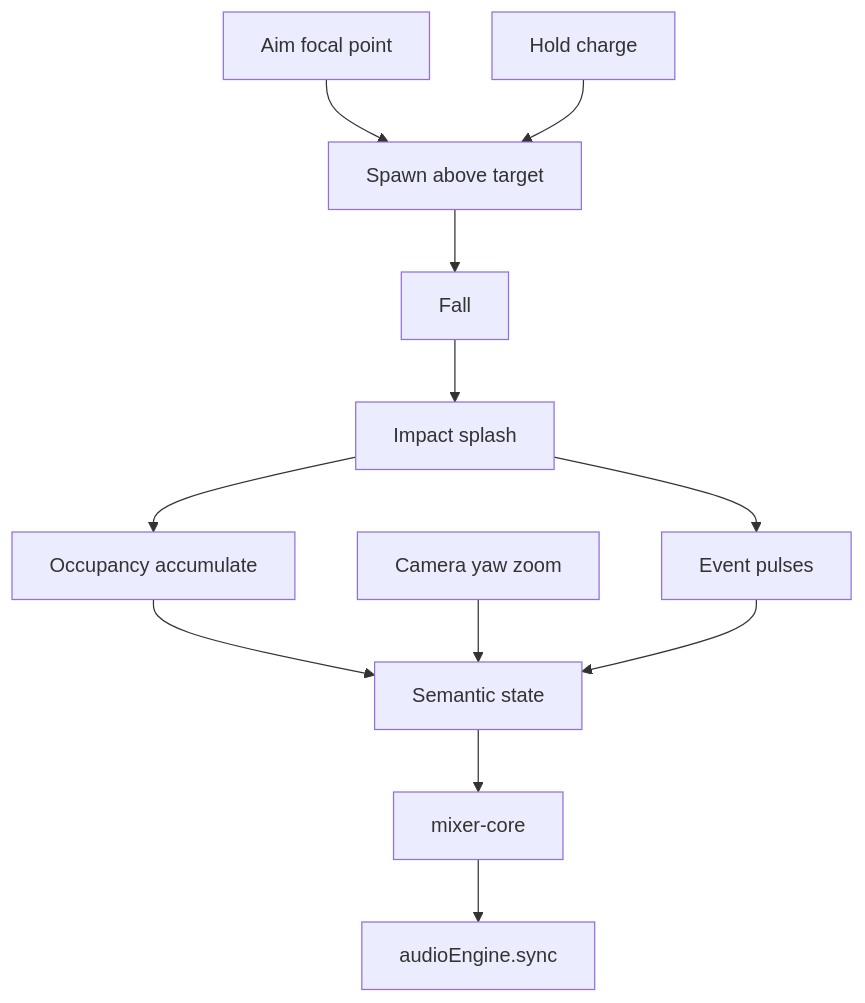
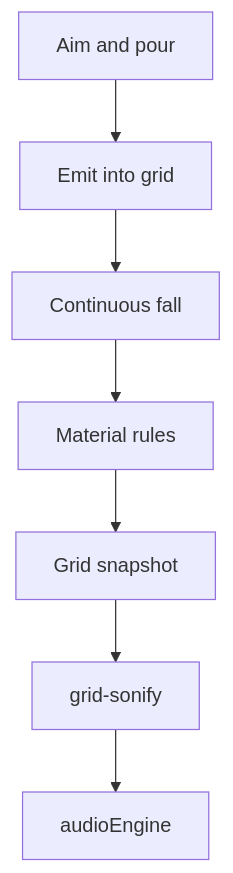
Before and after one commit to skinjester/Audible-Field: the diagram in documentation/falling-blocks.md, drawn with Mermaid. The commit also changed other lines of this file and 22 other files, not shown here.

````diff
--- a/documentation/falling-blocks.md
+++ b/documentation/falling-blocks.md
@@ -49,24 +77,17 @@
 ```mermaid
 flowchart TB
-  aim[Aim focal point]
-  charge[Hold charge]
-  spawn[Spawn above target]
-  fall[Fall]
-  impact[Impact splash]
-  grid[Occupancy accumulate]
-  semantic[Semantic state]
-  mixer[mixer-core]
-  audio[audioEngine.sync]
+  input[Aim and pour]
+  emit[Emit into grid]
+  fall[Continuous fall]
+  rules[Material rules]
+  snap[Grid snapshot]
+  sonify[grid-sonify]
+  audio[audioEngine]
 
-  aim --> spawn
-  charge --> spawn
-  spawn --> fall
-  fall --> impact
-  impact --> grid
-  grid --> semantic
-  orbit[Camera yaw zoom] --> semantic
-  semantic --> mixer
-  mixer --> audio
-  impact --> events[Event pulses]
-  events --> semantic
+  input --> emit
+  emit --> fall
+  fall --> rules
+  rules --> snap
+  snap --> sonify
+  sonify --> audio
 ```
````
